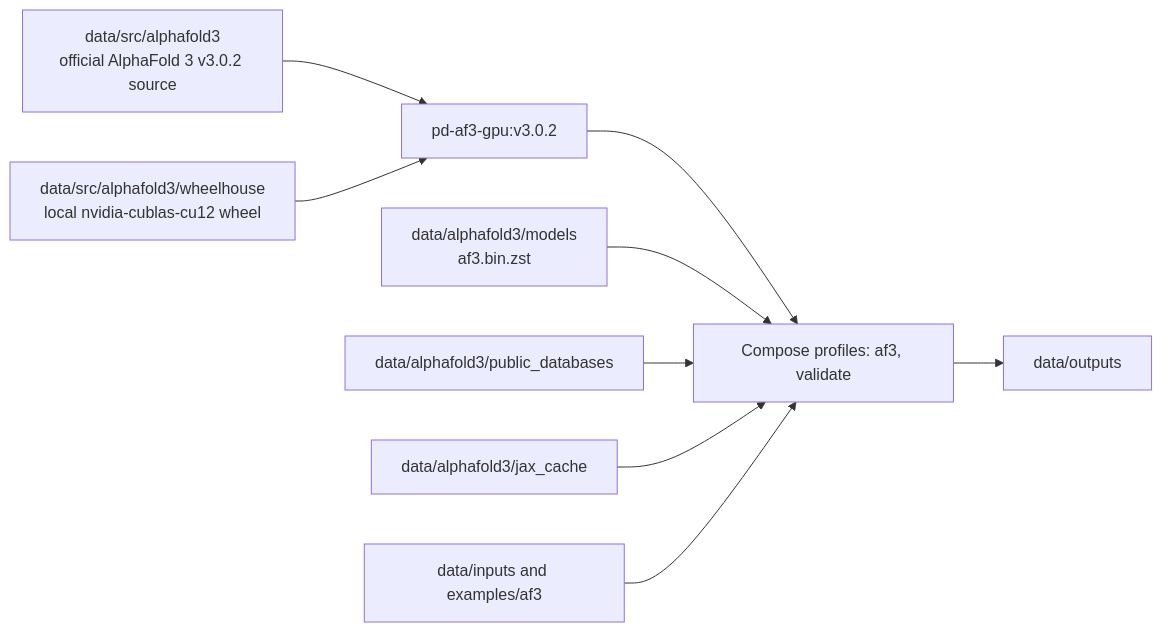
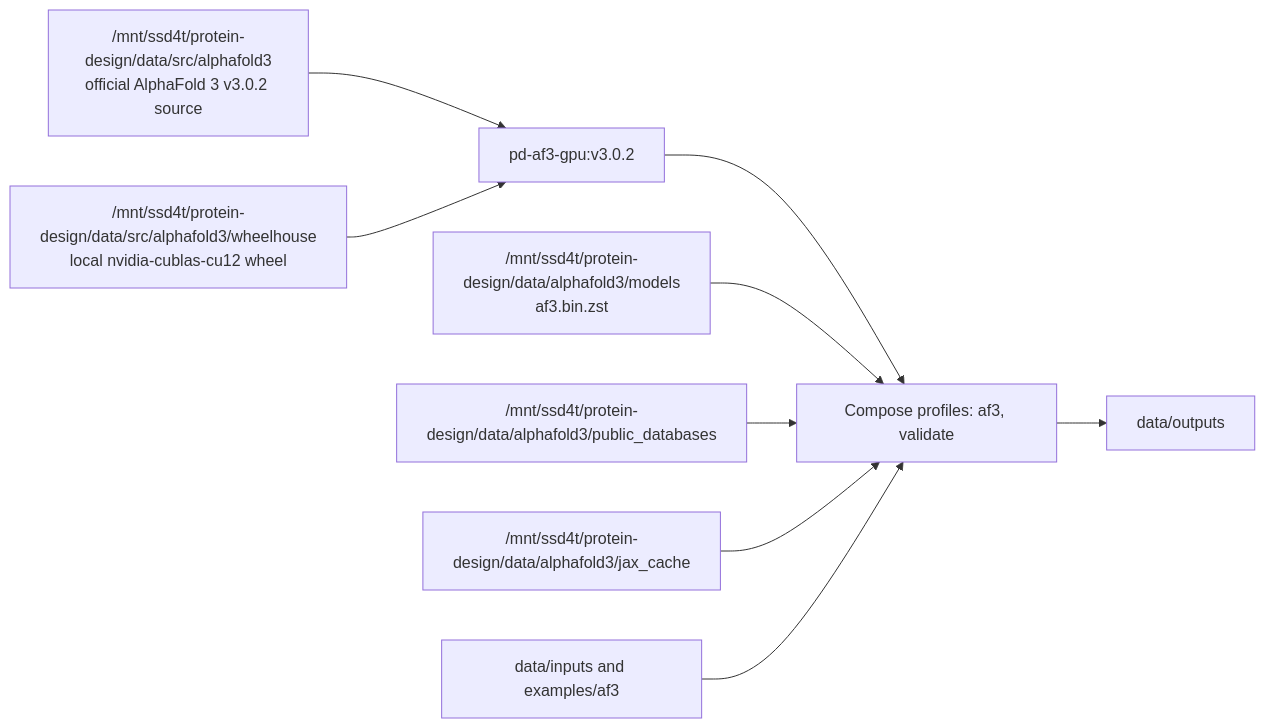
The fourth of 8 diagrams in docs/service-flows.md (luvega/protein-design), drawn with Mermaid before and after one commit. The commit also changed other lines of this file and 12 other files, not shown here.

````diff
--- a/docs/service-flows.md
+++ b/docs/service-flows.md
@@ -96,21 +96,21 @@
 ```mermaid
 flowchart LR
-    source["data/src/alphafold3<br/>official AlphaFold 3 v3.0.2 source"]
-    wheel["data/src/alphafold3/wheelhouse<br/>local nvidia-cublas-cu12 wheel"]
+    source["/mnt/ssd4t/protein-design/data/src/alphafold3<br/>official AlphaFold 3 v3.0.2 source"]
+    wheel["/mnt/ssd4t/protein-design/data/src/alphafold3/wheelhouse<br/>local nvidia-cublas-cu12 wheel"]
     image["pd-af3-gpu:v3.0.2"]
-    models["data/alphafold3/models<br/>af3.bin.zst"]
-    db["data/alphafold3/public_databases"]
-    cache["data/alphafold3/jax_cache"]
+    models["/mnt/ssd4t/protein-design/data/alphafold3/models<br/>af3.bin.zst"]
+    db["/mnt/ssd4t/protein-design/data/alphafold3/public_databases"]
+    cache["/mnt/ssd4t/protein-design/data/alphafold3/jax_cache"]
     inputs["data/inputs and examples/af3"]
     shell["Compose profiles: af3, validate"]
     outputs["data/outputs"]
 
     source --> image
     wheel --> image
     image --> shell
     models --> shell
     db --> shell
     cache --> shell
     inputs --> shell
     shell --> outputs
 ```
````
